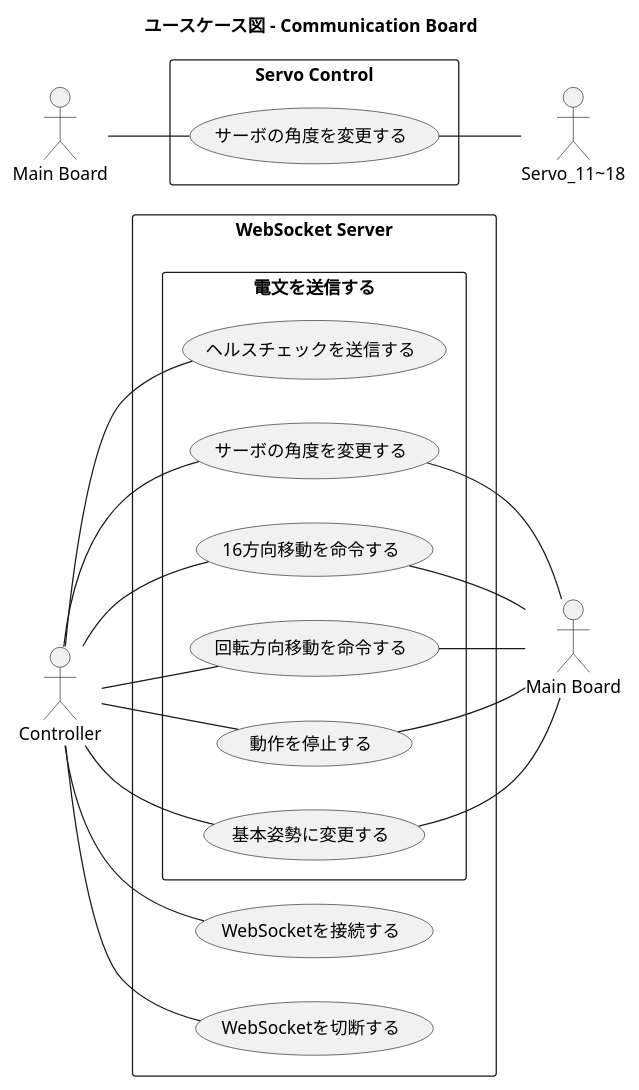
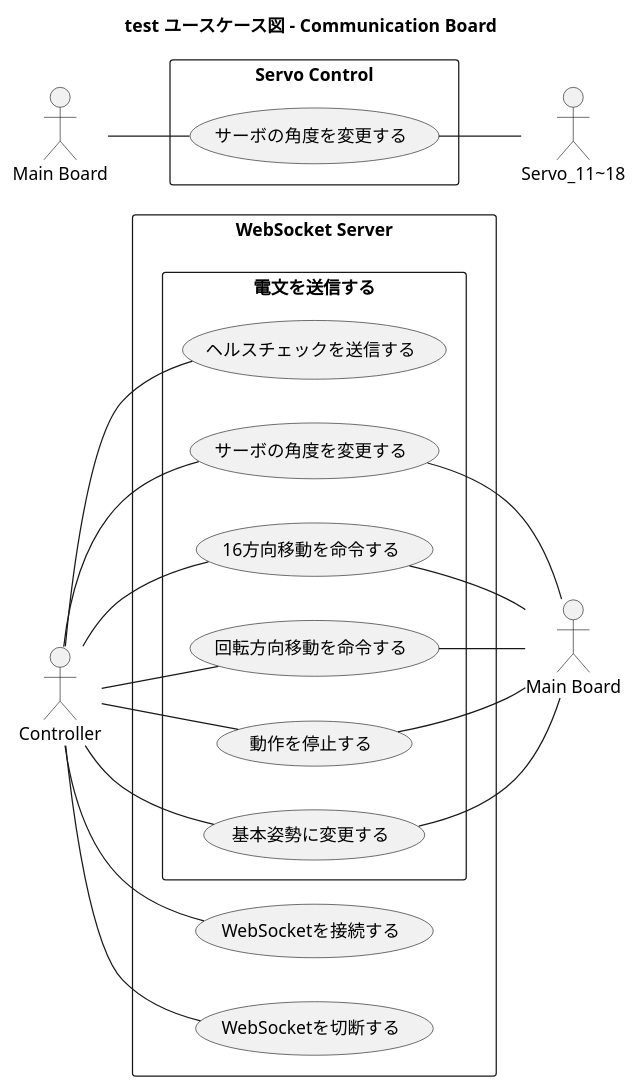
One commit to Monorium/NewRepo changed the diagram in test.md. Above: the diagram before and after it, drawn with PlantUML. The commit also changed 1 other file, not shown here.

Commit message:
retry commit

````diff
--- a/test.md
+++ b/test.md
@@ -1,47 +1,47 @@
 ```plantuml
 @startuml
-title ユースケース図 - Communication Board
+title test ユースケース図 - Communication Board
 skinparam ComponentStyle uml2
 left to right direction
 
 actor "Controller" as Controller
 actor "Main Board" as MainBoard_act
 
 rectangle "WebSocket Server" as WebSocketServer {
   usecase "WebSocketを接続する" as ucConnectSocket
   usecase "WebSocketを切断する" as ucDisconnectSocket
   rectangle "電文を送信する" {
     usecase "ヘルスチェックを送信する" as ucSendHealthCheck
     usecase "サーボの角度を変更する" as ucChangeServoAngle
     usecase "16方向移動を命令する" as ucCmdDirectionMove
     usecase "回転方向移動を命令する" as ucCmdRollingMove
     usecase "動作を停止する" as ucPause
     usecase "基本姿勢に変更する" as ucChangeBasicPosition
   }
 }
 rectangle "Servo Control" as ServoControl {
   usecase "サーボの角度を変更する" as ucChangeServoAngle_local
 }
 
 actor "Main Board" as MainBoard
 actor "Servo_11~18" as Servo_11
 
 Controller -- ucConnectSocket
 Controller -- ucSendHealthCheck
 Controller -- ucDisconnectSocket
 Controller -- ucChangeServoAngle
 Controller -- ucCmdDirectionMove
 Controller -- ucCmdRollingMove
 Controller -- ucPause
 Controller -- ucChangeBasicPosition
 MainBoard_act -- ucChangeServoAngle_local
 
 ucChangeServoAngle -- MainBoard
 ucCmdDirectionMove -- MainBoard
 ucCmdRollingMove -- MainBoard
 ucPause -- MainBoard
 ucChangeBasicPosition -- MainBoard
 ucChangeServoAngle_local -- Servo_11
 
 @enduml
 ```
````
